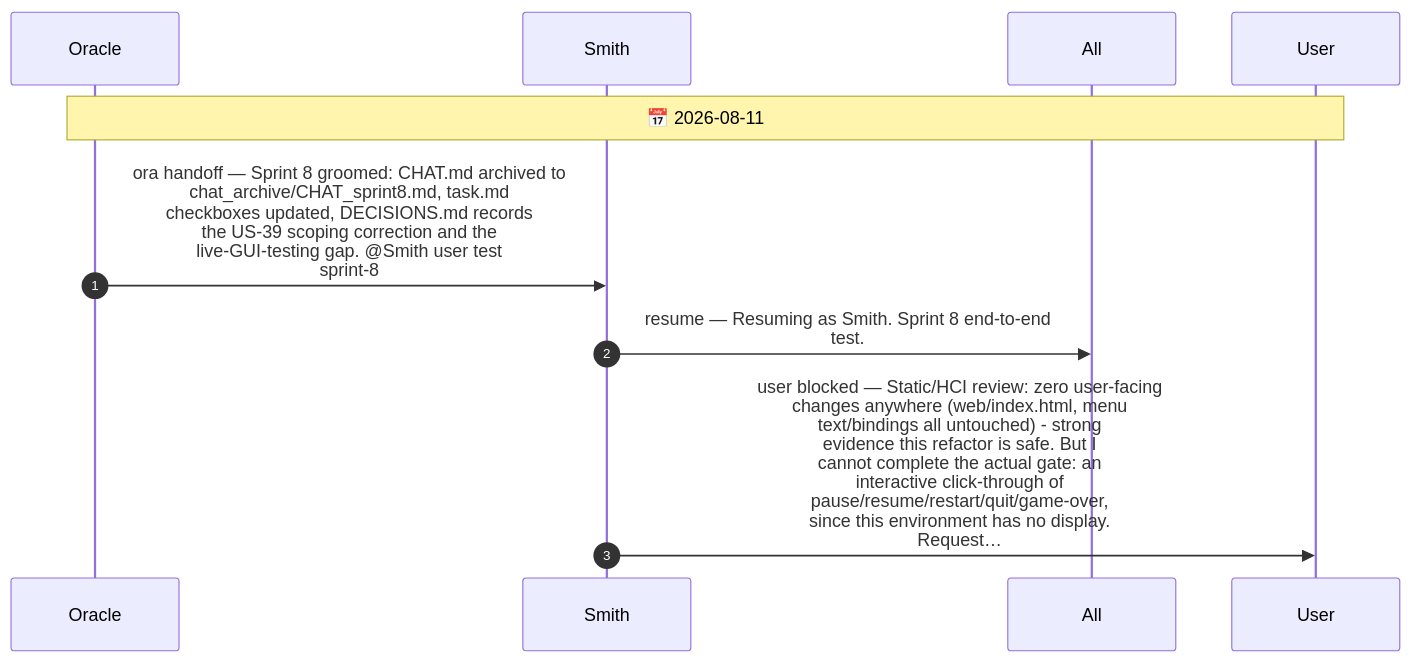
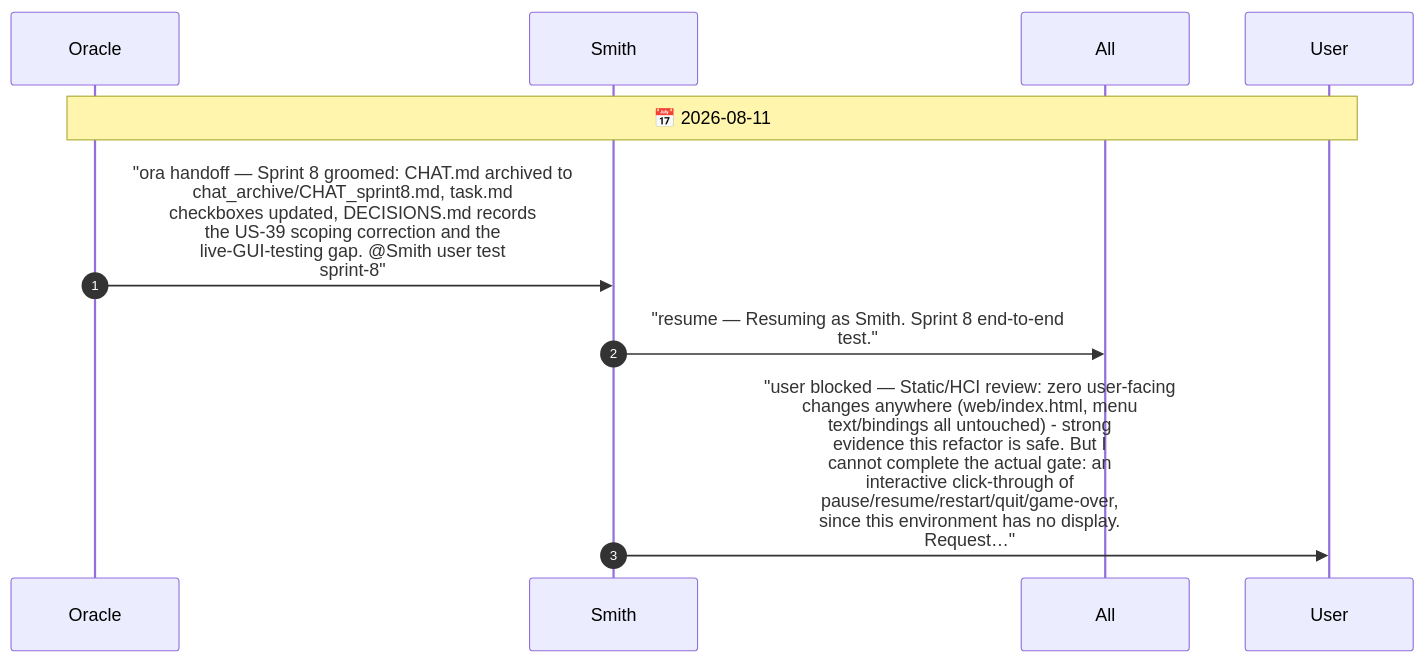
Before and after one commit to drusifer/Sirtet: the diagram in agents/CHAT.diagram.md, drawn with Mermaid. The commit also changed 6 other files, not shown here.

First line of the commit message:
fix(docs): quote mermaid sequence-diagram message text to fix GitHub render

````diff
--- a/agents/CHAT.diagram.md
+++ b/agents/CHAT.diagram.md
@@ -5,12 +5,12 @@
 ```mermaid
 sequenceDiagram
     autonumber
     participant Oracle
     participant Smith
     participant All
     participant User
     Note over Oracle,User: 📅 2026-08-11
-    Oracle->>Smith: ora handoff — Sprint 8 groomed: CHAT.md archived to<br/>chat_archive/CHAT_sprint8.md, task.md<br/>checkboxes updated, DECISIONS.md records<br/>the US-39 scoping correction and the<br/>live-GUI-testing gap. @Smith user test<br/>sprint-8
-    Smith->>All: resume — Resuming as Smith. Sprint 8 end-to-end<br/>test.
-    Smith->>User: user blocked — Static/HCI review: zero user-facing<br/>changes anywhere (web/index.html, menu<br/>text/bindings all untouched) - strong<br/>evidence this refactor is safe. But I<br/>cannot complete the actual gate: an<br/>interactive click-through of<br/>pause/resume/restart/quit/game-over,<br/>since this environment has no display.<br/>Request…
+    Oracle->>Smith: "ora handoff — Sprint 8 groomed: CHAT.md archived to<br/>chat_archive/CHAT_sprint8.md, task.md<br/>checkboxes updated, DECISIONS.md records<br/>the US-39 scoping correction and the<br/>live-GUI-testing gap. @Smith user test<br/>sprint-8"
+    Smith->>All: "resume — Resuming as Smith. Sprint 8 end-to-end<br/>test."
+    Smith->>User: "user blocked — Static/HCI review: zero user-facing<br/>changes anywhere (web/index.html, menu<br/>text/bindings all untouched) - strong<br/>evidence this refactor is safe. But I<br/>cannot complete the actual gate: an<br/>interactive click-through of<br/>pause/resume/restart/quit/game-over,<br/>since this environment has no display.<br/>Request…"
 ```
````
